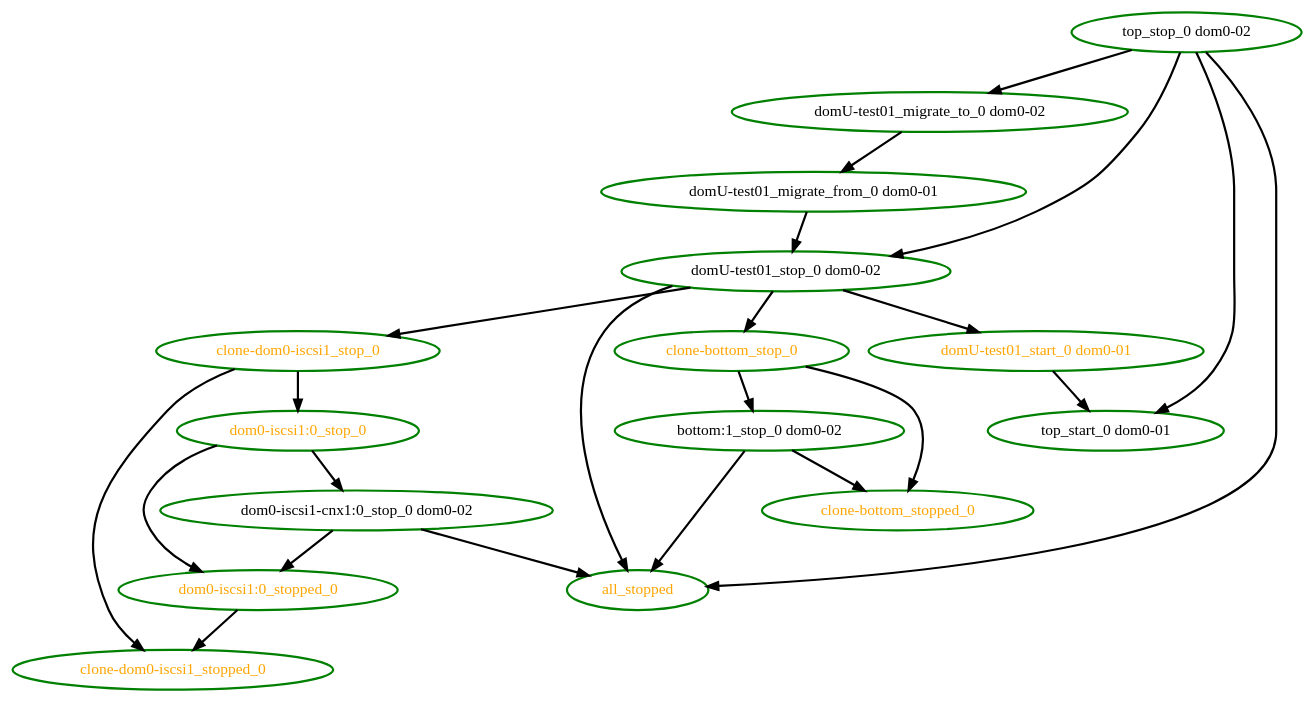
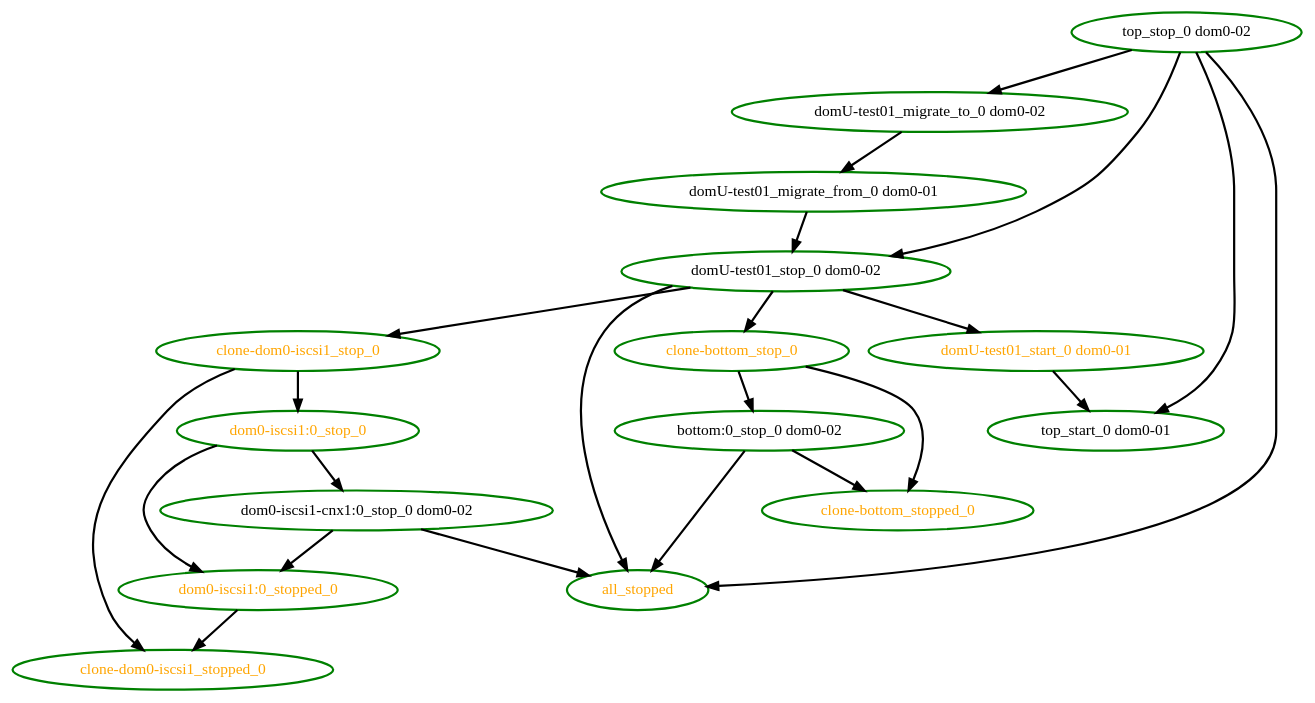
The diagram in pengine/test10/migrate-stop-complex.dot (ClusterLabs/pacemaker), drawn with Graphviz before and after one commit. The commit also changed 12 other files, not shown here.

First line of the commit message:
Low: PE: Create the dot graphs based on the resource names from the status section

```diff
--- a/pengine/test10/migrate-stop-complex.dot
+++ b/pengine/test10/migrate-stop-complex.dot
@@ -1,39 +1,39 @@
 digraph "g" {
 "all_stopped" [ style=bold color="green" fontcolor="orange" ]
-"bottom:1_stop_0 dom0-02" -> "all_stopped" [ style = bold]
-"bottom:1_stop_0 dom0-02" -> "clone-bottom_stopped_0" [ style = bold]
-"bottom:1_stop_0 dom0-02" [ style=bold color="green" fontcolor="black" ]
-"clone-bottom_stop_0" -> "bottom:1_stop_0 dom0-02" [ style = bold]
+"bottom:0_stop_0 dom0-02" -> "all_stopped" [ style = bold]
+"bottom:0_stop_0 dom0-02" -> "clone-bottom_stopped_0" [ style = bold]
+"bottom:0_stop_0 dom0-02" [ style=bold color="green" fontcolor="black"]
+"clone-bottom_stop_0" -> "bottom:0_stop_0 dom0-02" [ style = bold]
 "clone-bottom_stop_0" -> "clone-bottom_stopped_0" [ style = bold]
 "clone-bottom_stop_0" [ style=bold color="green" fontcolor="orange" ]
 "clone-bottom_stopped_0" [ style=bold color="green" fontcolor="orange" ]
 "clone-dom0-iscsi1_stop_0" -> "clone-dom0-iscsi1_stopped_0" [ style = bold]
 "clone-dom0-iscsi1_stop_0" -> "dom0-iscsi1:0_stop_0" [ style = bold]
 "clone-dom0-iscsi1_stop_0" [ style=bold color="green" fontcolor="orange" ]
 "clone-dom0-iscsi1_stopped_0" [ style=bold color="green" fontcolor="orange" ]
 "dom0-iscsi1-cnx1:0_stop_0 dom0-02" -> "all_stopped" [ style = bold]
 "dom0-iscsi1-cnx1:0_stop_0 dom0-02" -> "dom0-iscsi1:0_stopped_0" [ style = bold]
 "dom0-iscsi1-cnx1:0_stop_0 dom0-02" [ style=bold color="green" fontcolor="black" ]
 "dom0-iscsi1:0_stop_0" -> "dom0-iscsi1-cnx1:0_stop_0 dom0-02" [ style = bold]
 "dom0-iscsi1:0_stop_0" -> "dom0-iscsi1:0_stopped_0" [ style = bold]
 "dom0-iscsi1:0_stop_0" [ style=bold color="green" fontcolor="orange" ]
 "dom0-iscsi1:0_stopped_0" -> "clone-dom0-iscsi1_stopped_0" [ style = bold]
 "dom0-iscsi1:0_stopped_0" [ style=bold color="green" fontcolor="orange" ]
 "domU-test01_migrate_from_0 dom0-01" -> "domU-test01_stop_0 dom0-02" [ style = bold]
 "domU-test01_migrate_from_0 dom0-01" [ style=bold color="green" fontcolor="black" ]
 "domU-test01_migrate_to_0 dom0-02" -> "domU-test01_migrate_from_0 dom0-01" [ style = bold]
 "domU-test01_migrate_to_0 dom0-02" [ style=bold color="green" fontcolor="black" ]
 "domU-test01_start_0 dom0-01" -> "top_start_0 dom0-01" [ style = bold]
 "domU-test01_start_0 dom0-01" [ style=bold color="green" fontcolor="orange" ]
 "domU-test01_stop_0 dom0-02" -> "all_stopped" [ style = bold]
 "domU-test01_stop_0 dom0-02" -> "clone-bottom_stop_0" [ style = bold]
 "domU-test01_stop_0 dom0-02" -> "clone-dom0-iscsi1_stop_0" [ style = bold]
 "domU-test01_stop_0 dom0-02" -> "domU-test01_start_0 dom0-01" [ style = bold]
 "domU-test01_stop_0 dom0-02" [ style=bold color="green" fontcolor="black" ]
 "top_start_0 dom0-01" [ style=bold color="green" fontcolor="black" ]
 "top_stop_0 dom0-02" -> "all_stopped" [ style = bold]
 "top_stop_0 dom0-02" -> "domU-test01_migrate_to_0 dom0-02" [ style = bold]
 "top_stop_0 dom0-02" -> "domU-test01_stop_0 dom0-02" [ style = bold]
 "top_stop_0 dom0-02" -> "top_start_0 dom0-01" [ style = bold]
 "top_stop_0 dom0-02" [ style=bold color="green" fontcolor="black" ]
 }
```
